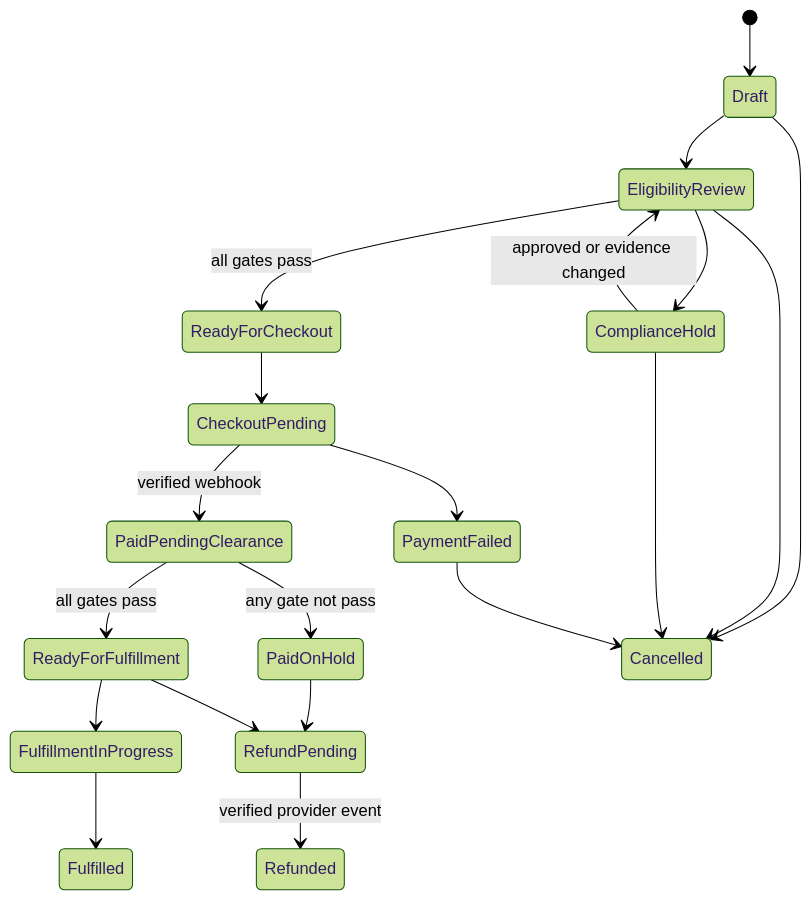
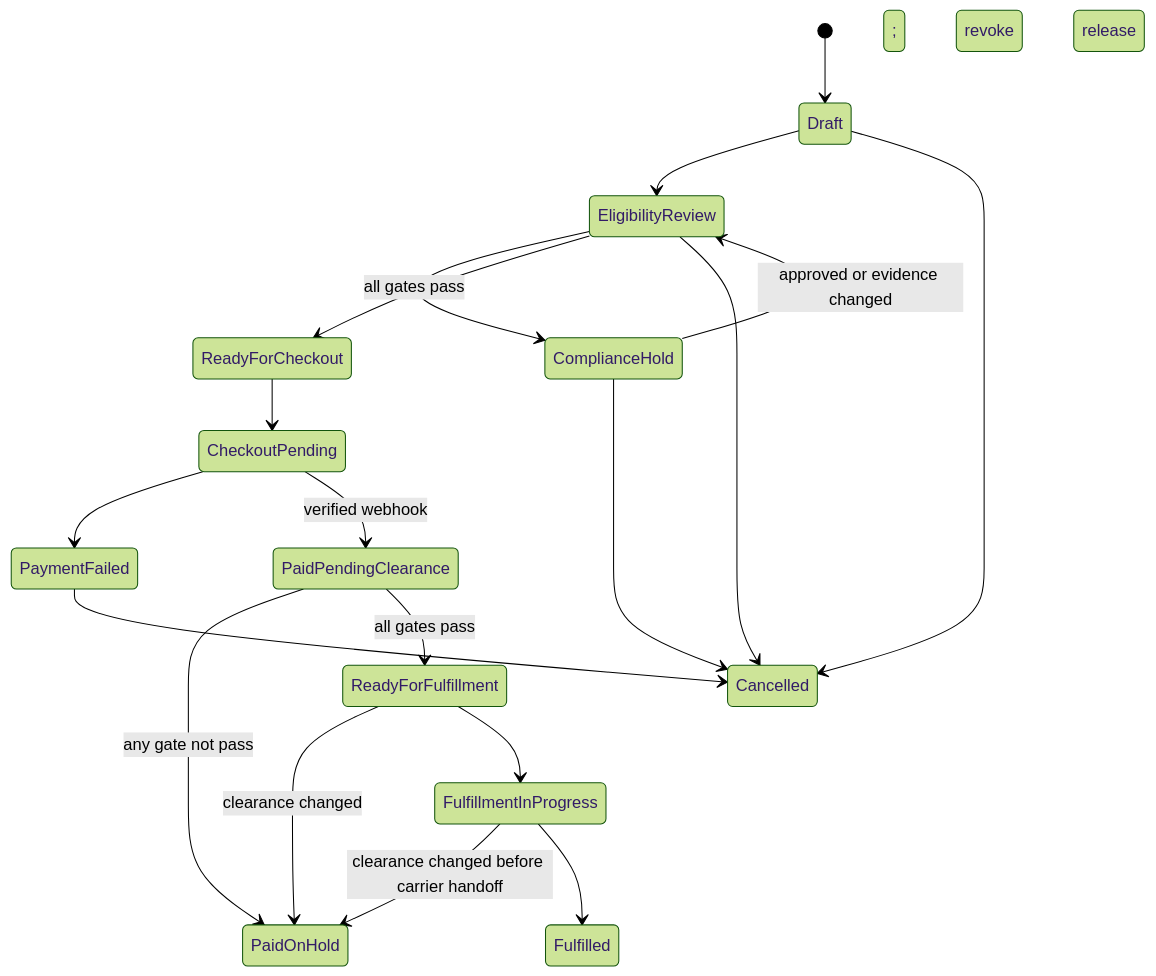
The second of 3 diagrams in docs/architecture/data-model.md (Shigakuresama/Propeptiq), drawn with Mermaid (forest theme) before and after one commit. The commit also changed other lines of this file and 8 other files, not shown here.

Commit message:
docs: close architecture safety gaps

````diff
--- a/docs/architecture/data-model.md
+++ b/docs/architecture/data-model.md
@@ -109,22 +111,21 @@
 ```mermaid
 stateDiagram-v2
   [*] --> Draft
   Draft --> EligibilityReview
   EligibilityReview --> ComplianceHold
   ComplianceHold --> EligibilityReview: approved or evidence changed
   EligibilityReview --> ReadyForCheckout: all gates pass
   ReadyForCheckout --> CheckoutPending
   CheckoutPending --> PaymentFailed
   CheckoutPending --> PaidPendingClearance: verified webhook
   PaidPendingClearance --> PaidOnHold: any gate not pass
   PaidPendingClearance --> ReadyForFulfillment: all gates pass
+  ReadyForFulfillment --> PaidOnHold: clearance changed; revoke release
   ReadyForFulfillment --> FulfillmentInProgress
+  FulfillmentInProgress --> PaidOnHold: clearance changed before carrier handoff; revoke release
   FulfillmentInProgress --> Fulfilled
   Draft --> Cancelled
   EligibilityReview --> Cancelled
   ComplianceHold --> Cancelled
   PaymentFailed --> Cancelled
-  PaidOnHold --> RefundPending
-  ReadyForFulfillment --> RefundPending
-  RefundPending --> Refunded: verified provider event
 ```
````
